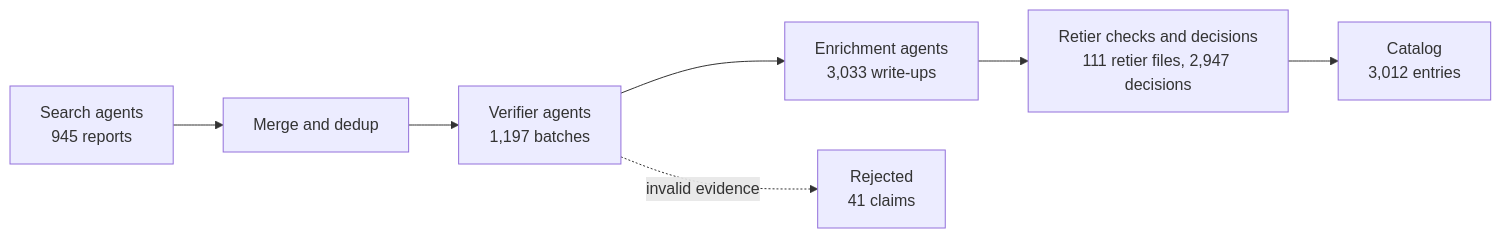
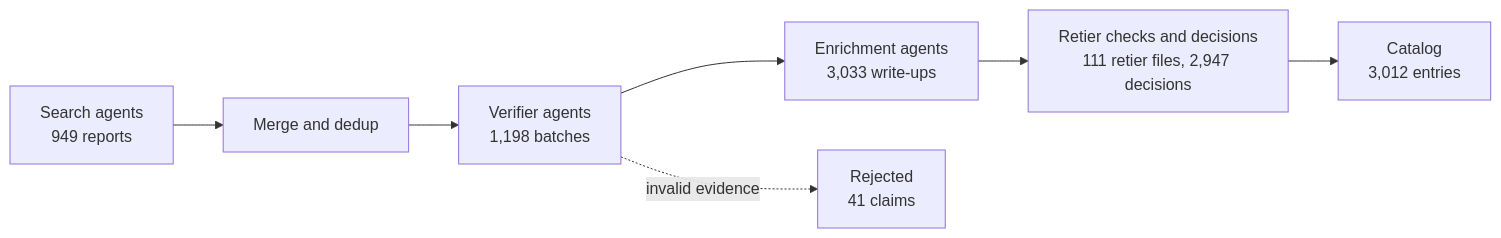
The diagram in README.md (harrisjib216/fastplusplus), drawn with Mermaid before and after one commit. The commit also changed 16 other files, not shown here.

First line of the commit message:
data: merge book seed passes w2-mine-e, w11-mine-p, w6-mine-k and w5, render their verify batches

````diff
--- a/README.md
+++ b/README.md
@@ -116,9 +116,9 @@
 ```mermaid
 flowchart LR
-  S["Search agents<br/>945 reports"] --> M["Merge and dedup"]
-  M --> V["Verifier agents<br/>1,197 batches"]
+  S["Search agents<br/>949 reports"] --> M["Merge and dedup"]
+  M --> V["Verifier agents<br/>1,198 batches"]
   V --> E["Enrichment agents<br/>3,033 write-ups"]
   E --> R["Retier checks and decisions<br/>111 retier files, 2,947 decisions"]
   R --> C["Catalog<br/>3,012 entries"]
   V -. invalid evidence .-> X["Rejected<br/>41 claims"]
 ```
````
